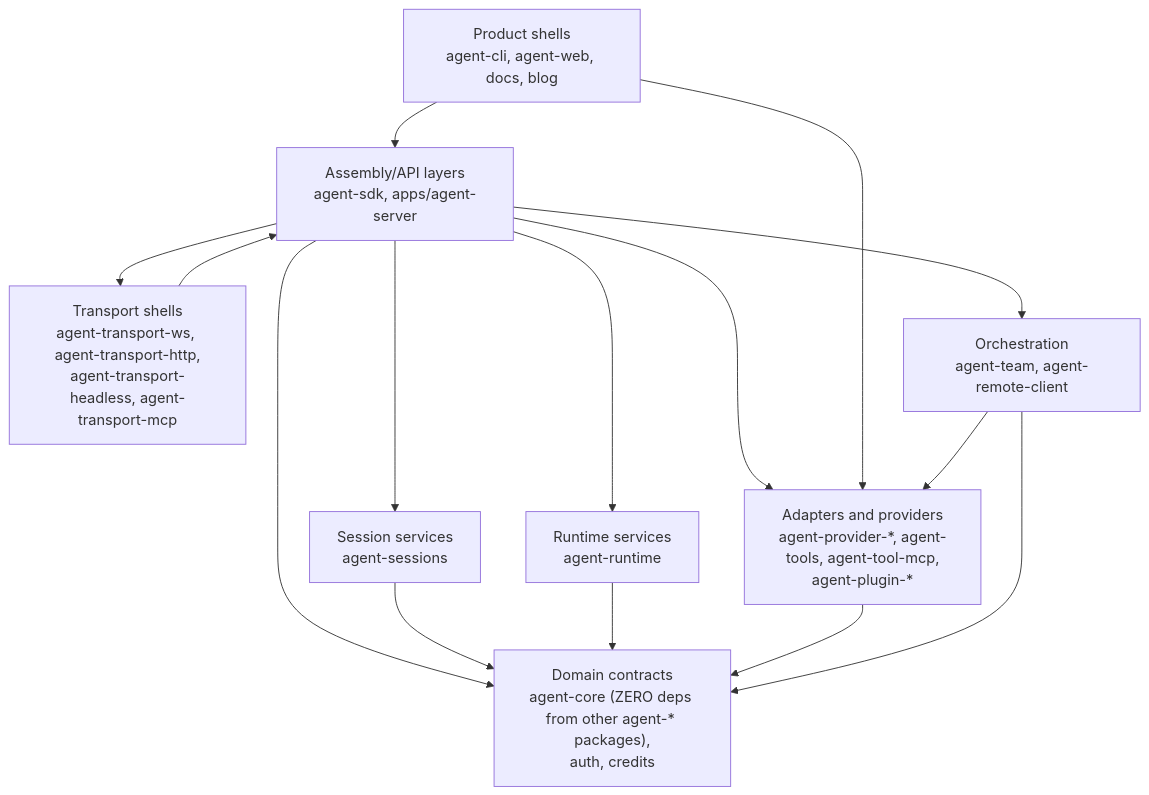
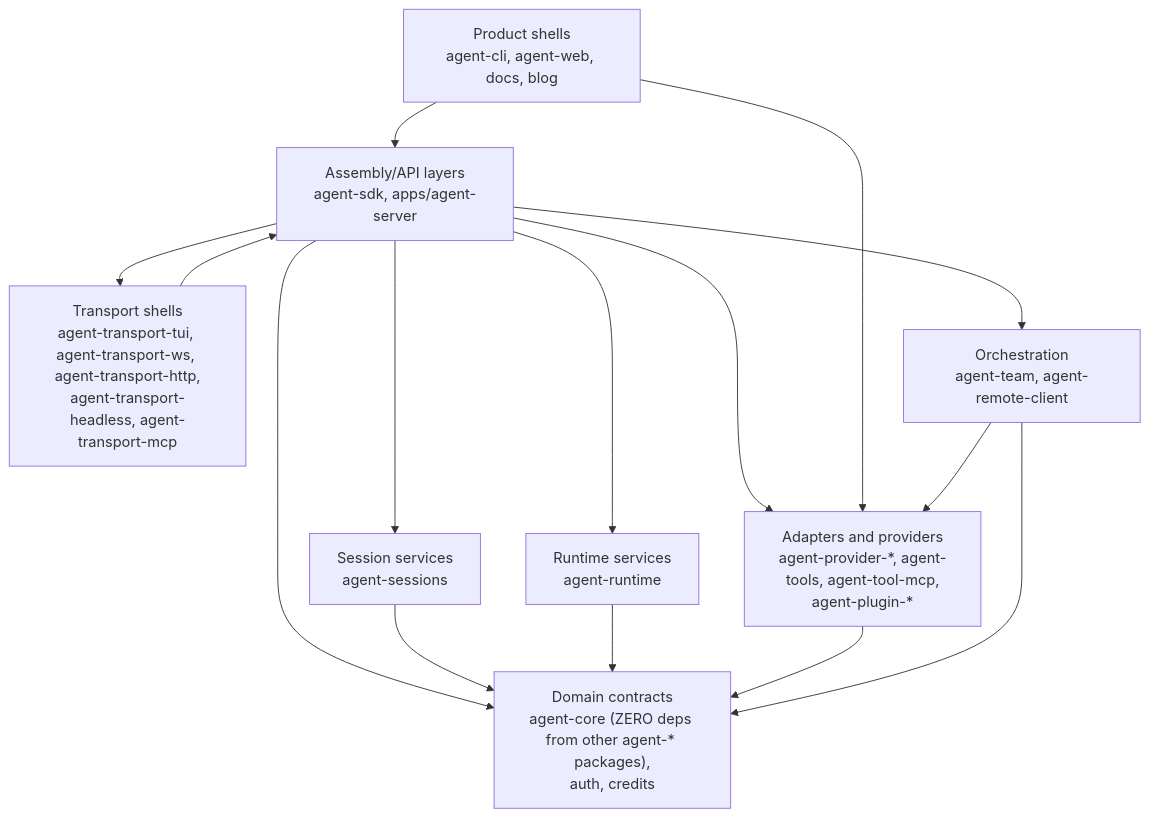
The diagram in .agents/specs/architecture-map/dependency-direction.md (woojubb/robota), drawn with Mermaid before and after one commit. The commit also changed 137 other files, not shown here.

First line of the commit message:
feat(plg-007): extract agent-transport-tui — TUI as IConfigurableTransport

````diff
--- a/.agents/specs/architecture-map/dependency-direction.md
+++ b/.agents/specs/architecture-map/dependency-direction.md
@@ -9,26 +9,26 @@
 ```mermaid
 flowchart TD
   ProductShells["Product shells\nagent-cli, agent-web, docs, blog"]
   Assembly["Assembly/API layers\nagent-sdk, apps/agent-server"]
-  TransportShells["Transport shells\nagent-transport-ws, agent-transport-http,\nagent-transport-headless, agent-transport-mcp"]
+  TransportShells["Transport shells\nagent-transport-tui, agent-transport-ws, agent-transport-http,\nagent-transport-headless, agent-transport-mcp"]
   Orchestration["Orchestration\nagent-team, agent-remote-client"]
   Sessions["Session services\nagent-sessions"]
   Runtime["Runtime services\nagent-runtime"]
   Domain["Domain contracts\nagent-core (ZERO deps from other agent-* packages),\nauth, credits"]
   Adapters["Adapters and providers\nagent-provider-*, agent-tools, agent-tool-mcp,\nagent-plugin-*"]
 
   ProductShells --> Assembly
   Assembly --> Sessions
   Assembly --> Runtime
   Assembly --> Domain
   Sessions --> Domain
   Runtime --> Domain
   Assembly --> Adapters
   ProductShells --> Adapters
   Adapters --> Domain
   TransportShells --> Assembly
   Assembly --> TransportShells
   Orchestration --> Domain
   Orchestration --> Adapters
   Assembly --> Orchestration
 ```
````
